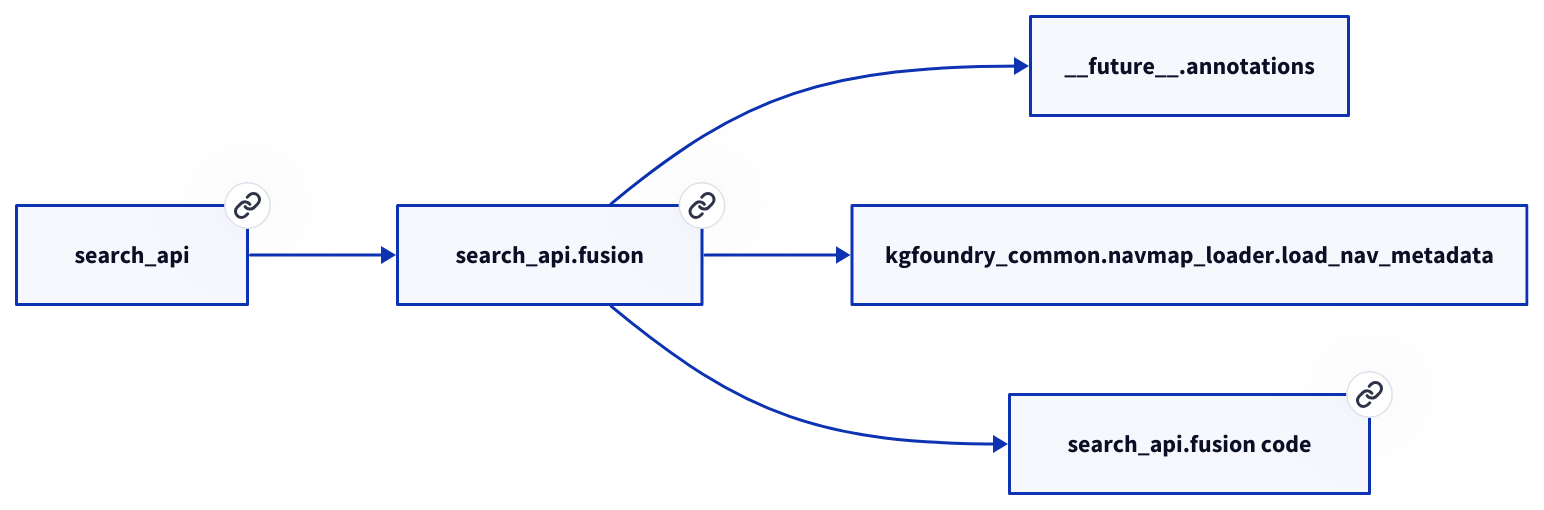
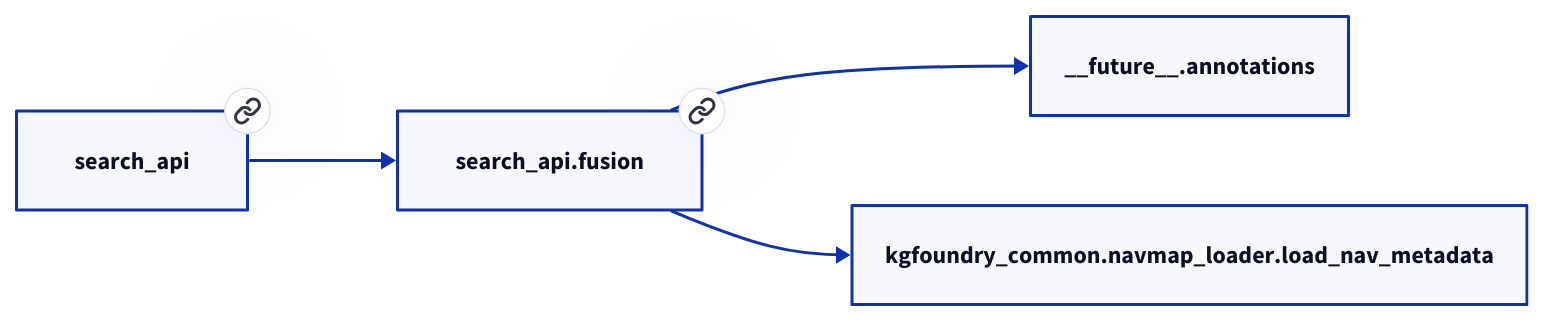
Before and after one commit to paul-heyse/kgforge: the diagram in docs/modules/search_api/fusion.md, drawn with D2. The commit also changed other lines of this file and 118 other files, not shown here.

````diff
--- a/docs/modules/search_api/fusion.md
+++ b/docs/modules/search_api/fusion.md
@@ -29,12 +27,10 @@
 ```d2
 direction: right
-"search_api.fusion": "search_api.fusion" { link: "./search_api/fusion.md" }
+"search_api.fusion": "search_api.fusion" { link: "fusion.md" }
 "__future__.annotations": "__future__.annotations"
 "search_api.fusion" -> "__future__.annotations"
 "kgfoundry_common.navmap_loader.load_nav_metadata": "kgfoundry_common.navmap_loader.load_nav_metadata"
 "search_api.fusion" -> "kgfoundry_common.navmap_loader.load_nav_metadata"
-"search_api": "search_api" { link: "./search_api.md" }
+"search_api": "search_api" { link: "../search_api.md" }
 "search_api" -> "search_api.fusion"
-"search_api.fusion_code": "search_api.fusion code" { link: "https://github.com/kgfoundry/kgfoundry/blob/main/src/search_api/fusion.py" }
-"search_api.fusion" -> "search_api.fusion_code" { style: dashed }
 ```
````
